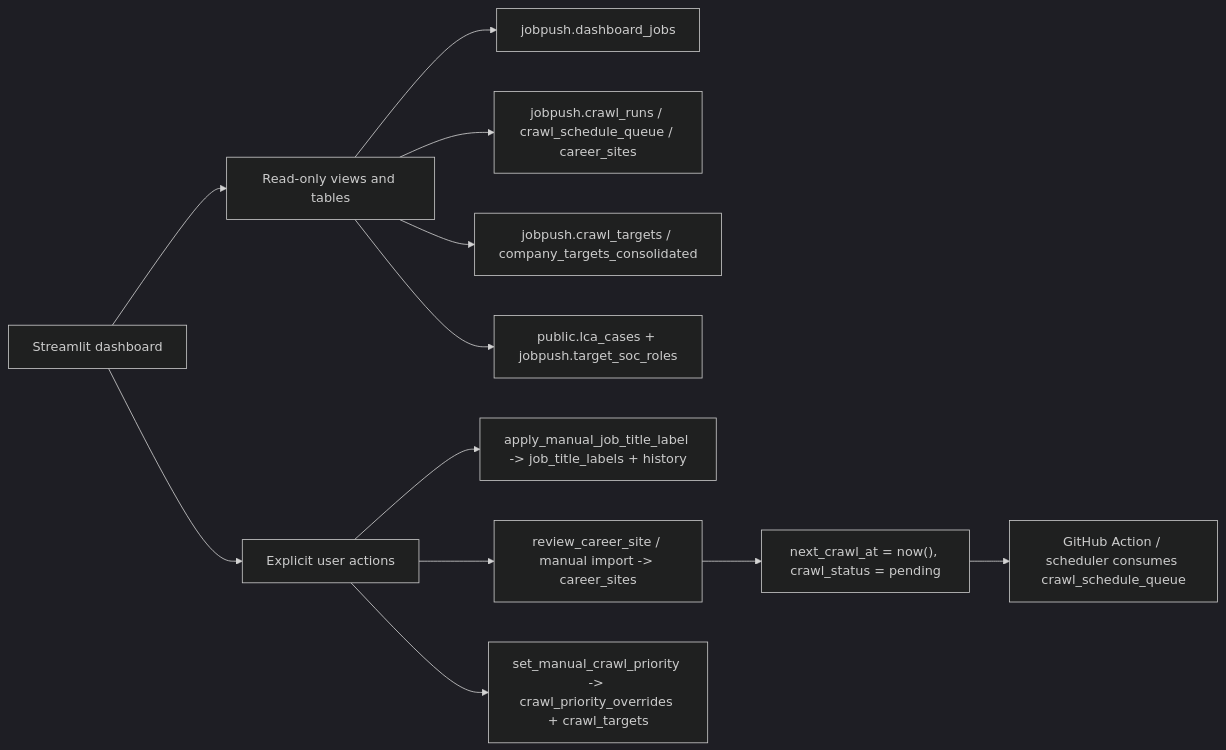
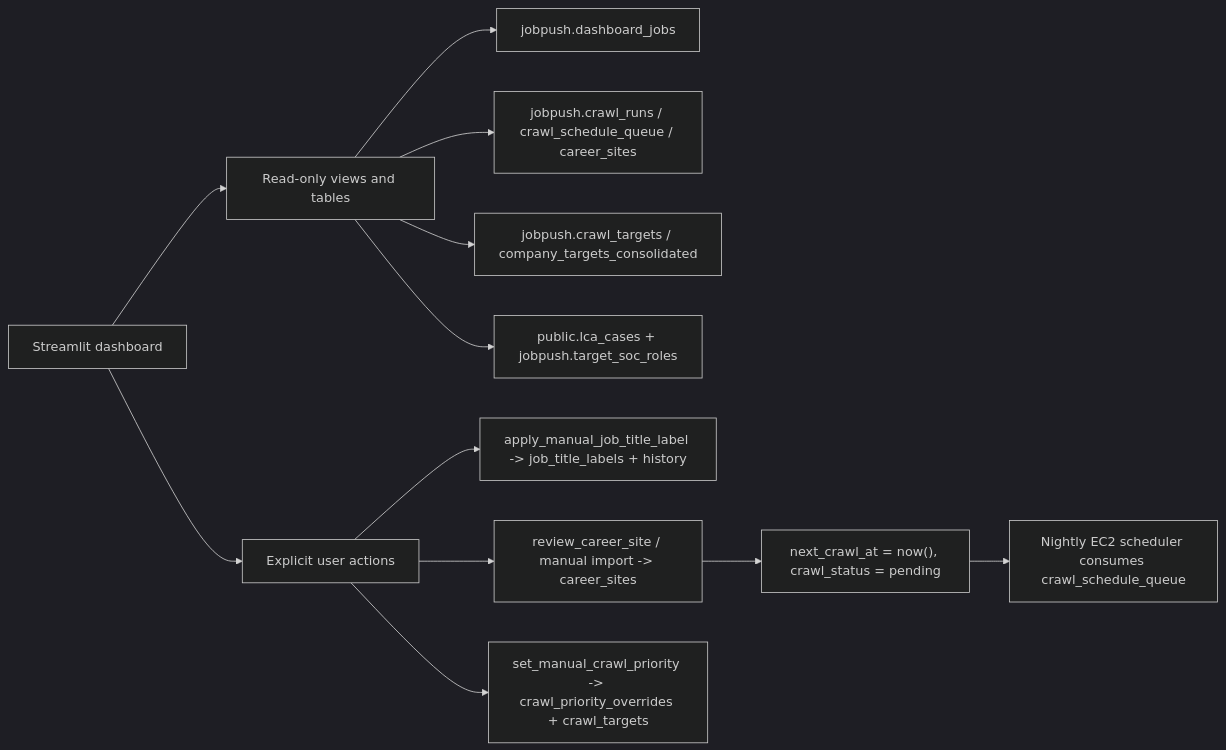
The diagram in docs/DASHBOARD.md (nicole732470/jobpush), drawn with Mermaid (dark theme) before and after one commit. The commit also changed other lines of this file and 12 other files, not shown here.

Commit message:
Remove obsolete GitHub crawl automation

````diff
--- a/docs/DASHBOARD.md
+++ b/docs/DASHBOARD.md
@@ -138,15 +138,15 @@
 ```mermaid
 flowchart LR
     DASH["Streamlit dashboard"] --> READS["Read-only views and tables"]
     READS --> JOBS["jobpush.dashboard_jobs"]
     READS --> CRAWL["jobpush.crawl_runs / crawl_schedule_queue / career_sites"]
     READS --> PRIORITY["jobpush.crawl_targets / company_targets_consolidated"]
     READS --> LCA["public.lca_cases + jobpush.target_soc_roles"]
 
     DASH --> WRITES["Explicit user actions"]
     WRITES --> TITLE["apply_manual_job_title_label -> job_title_labels + history"]
     WRITES --> SITE["review_career_site / manual import -> career_sites"]
     WRITES --> TIER["set_manual_crawl_priority -> crawl_priority_overrides + crawl_targets"]
     SITE --> DUE["next_crawl_at = now(), crawl_status = pending"]
-    DUE --> SCHED["GitHub Action / scheduler consumes crawl_schedule_queue"]
+    DUE --> SCHED["Nightly EC2 scheduler consumes crawl_schedule_queue"]
 ```
````
